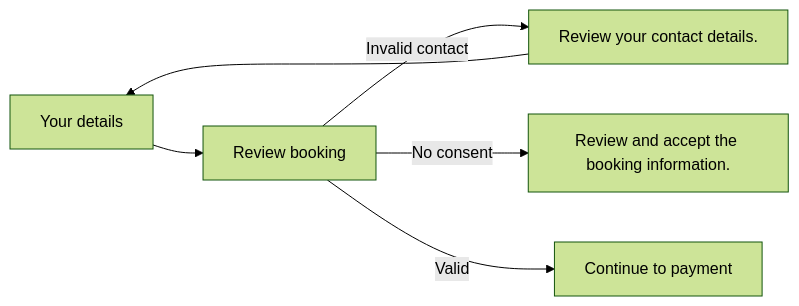
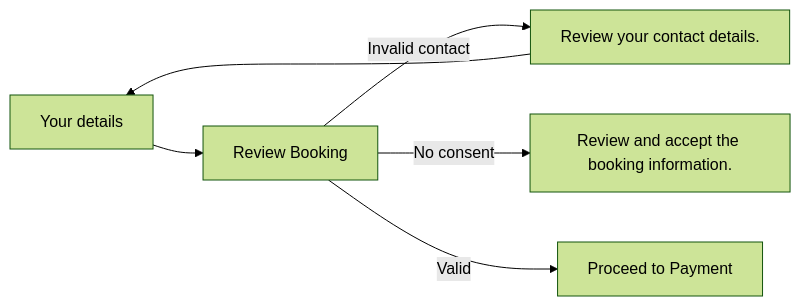
Before and after one commit to soccerbotstudiosg/soccerbotstudioSG: the fifth of 19 diagrams in docs/booking-flows.md, drawn with Mermaid (forest theme). The commit also changed other lines of this file and 44 other files, not shown here.

````diff
--- a/docs/booking-flows.md
+++ b/docs/booking-flows.md
@@ -81,7 +85,7 @@
 ```mermaid
 flowchart LR
-  A["Your details"] --> B["Review booking"]
+  A["Your details"] --> B["Review Booking"]
   B -->|Invalid contact| C["Review your contact details."] --> A
   B -->|No consent| D["Review and accept the booking information."]
-  B -->|Valid| E["Continue to payment"]
+  B -->|Valid| E["Proceed to Payment"]
 ```
````
